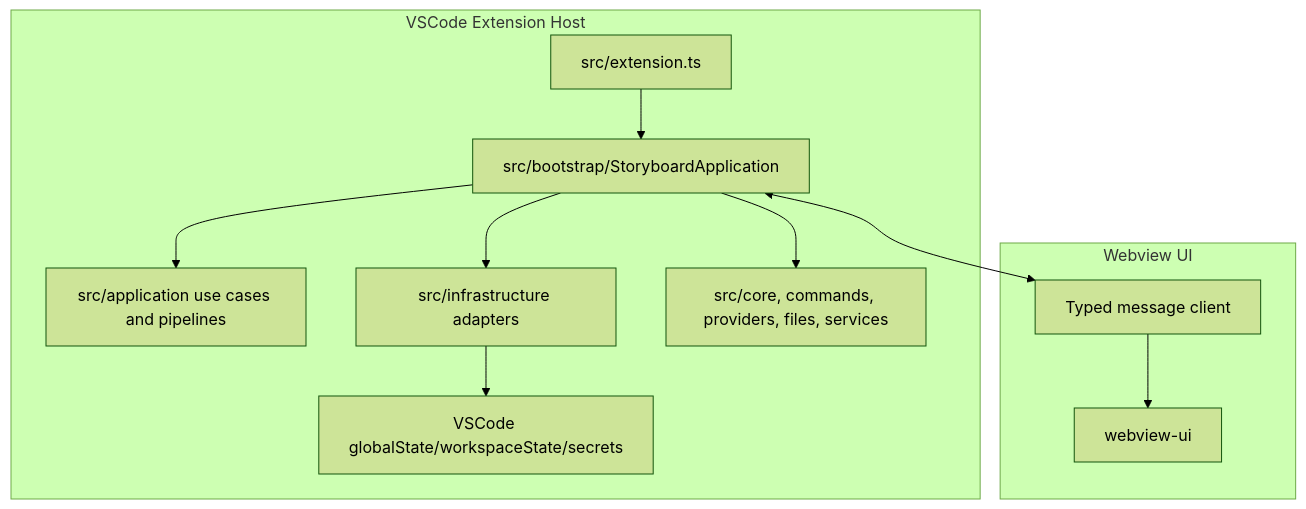
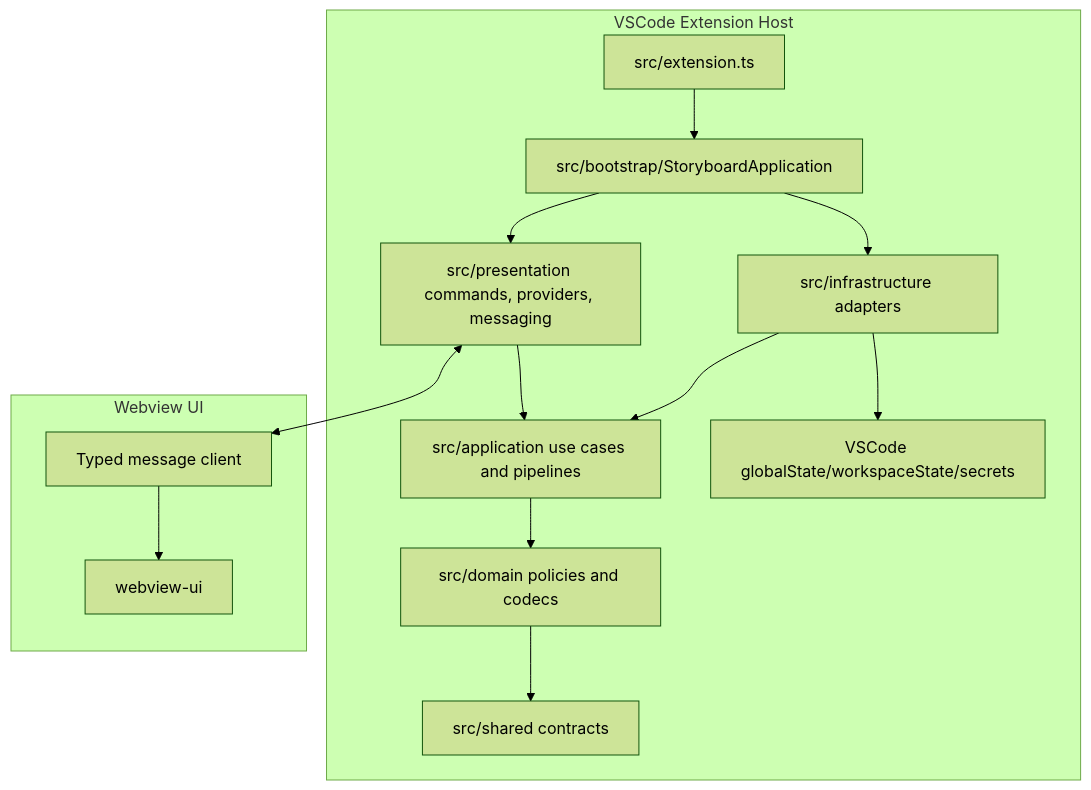
The diagram in .claude/rules/storyboard-overview.md (maroomir/storyboard), drawn with Mermaid (forest theme) before and after one commit. The commit also changed other lines of this file and 3 other files, not shown here.

First line of the commit message:
docs(architecture): Sync docs to completed layer structure

````diff
--- a/.claude/rules/storyboard-overview.md
+++ b/.claude/rules/storyboard-overview.md
@@ -9,24 +9,29 @@
 ```mermaid
 graph TB
     subgraph VSCode[VSCode Extension Host]
         ExtensionEntry[src/extension.ts]
         Bootstrap[src/bootstrap/StoryboardApplication]
+        Presentation[src/presentation commands, providers, messaging]
         Application[src/application use cases and pipelines]
         Infrastructure[src/infrastructure adapters]
-        Legacy[src/core, commands, providers, files, services]
+        Domain[src/domain policies and codecs]
+        Shared[src/shared contracts]
         State[VSCode globalState/workspaceState/secrets]
     end
 
     subgraph Webview[Webview UI]
         App[webview-ui]
         MessageClient[Typed message client]
     end
 
     ExtensionEntry --> Bootstrap
-    Bootstrap --> Application
+    Bootstrap --> Presentation
     Bootstrap --> Infrastructure
-    Bootstrap --> Legacy
+    Presentation --> Application
+    Infrastructure --> Application
+    Application --> Domain
+    Domain --> Shared
     Infrastructure --> State
-    Bootstrap <--> MessageClient
+    Presentation <--> MessageClient
     MessageClient --> App
 ```
````
